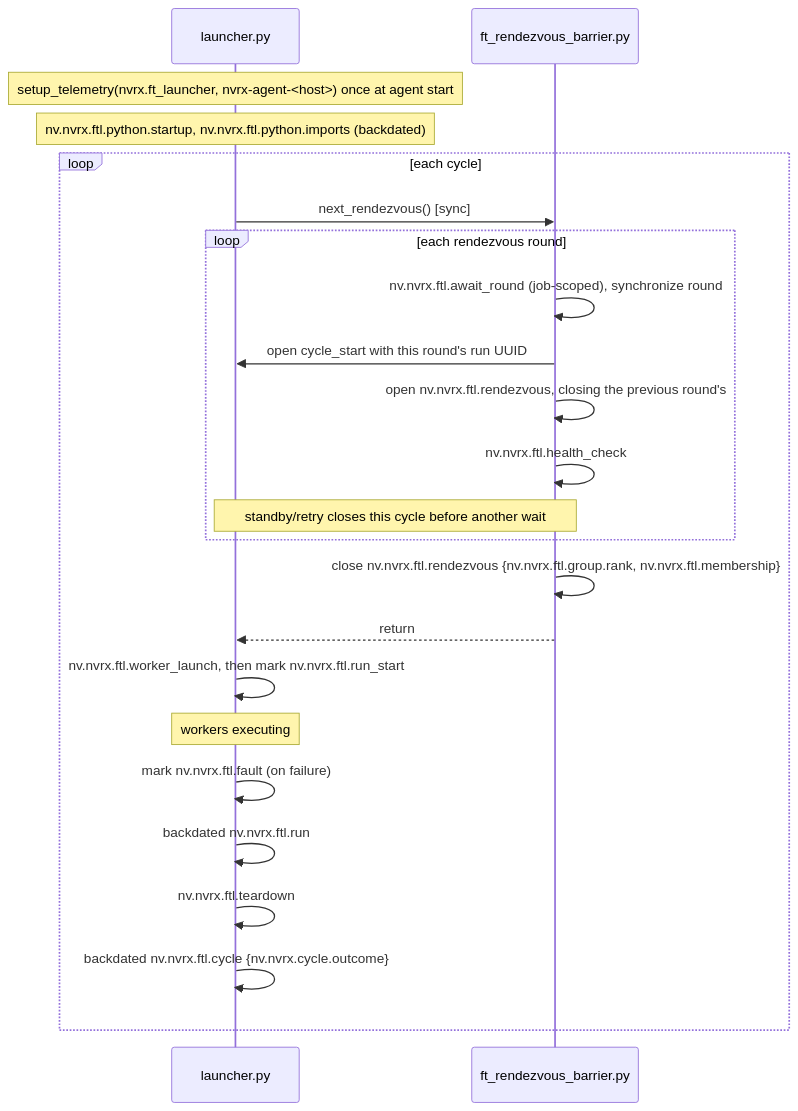
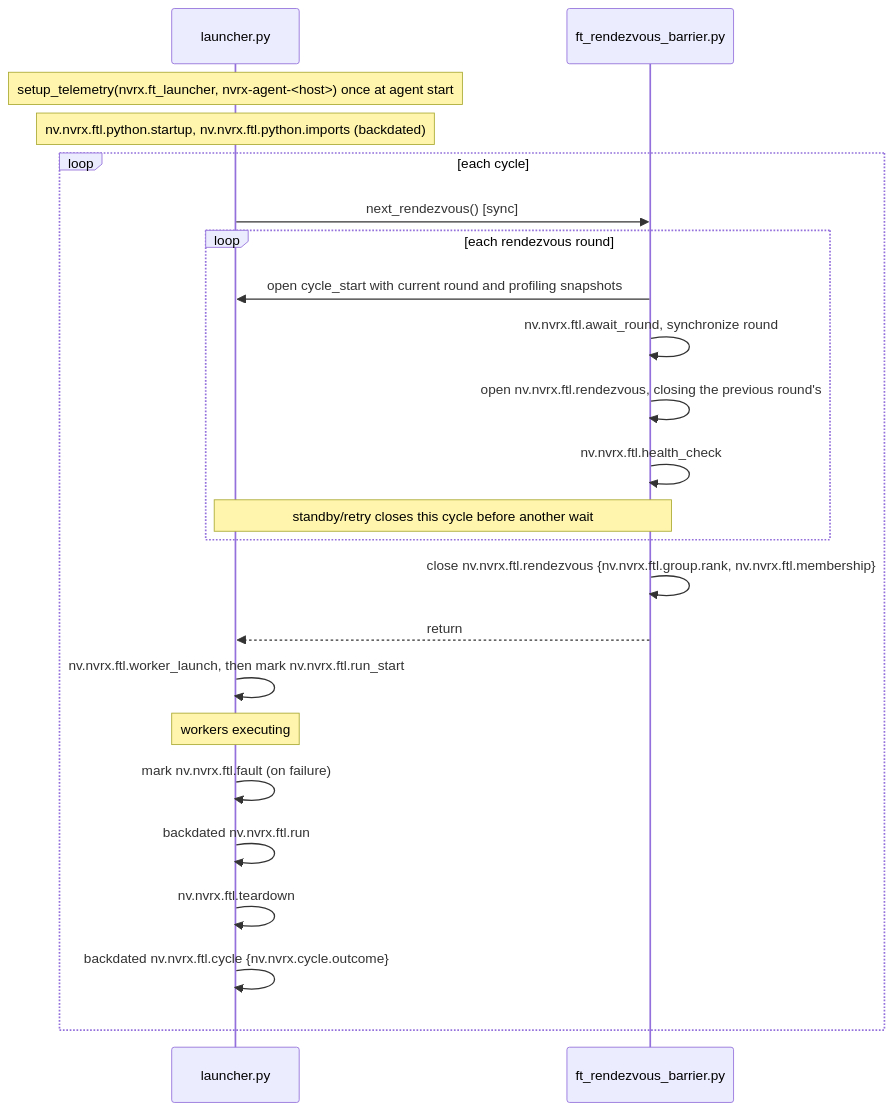
The second of 2 diagrams in docs/design/telemetry/NEMO_LENS.md (NVIDIA/nvidia-resiliency-ext), drawn with Mermaid before and after one commit. The commit also changed other lines of this file and 4 other files, not shown here.

````diff
--- a/docs/design/telemetry/NEMO_LENS.md
+++ b/docs/design/telemetry/NEMO_LENS.md
@@ -181,27 +186,27 @@
 ```mermaid
 sequenceDiagram
     participant L as launcher.py
     participant R as ft_rendezvous_barrier.py
 
     Note over L: setup_telemetry(nvrx.ft_launcher, nvrx-agent-<host>) once at agent start
     Note over L: nv.nvrx.ftl.python.startup, nv.nvrx.ftl.python.imports (backdated)
 
     loop each cycle
         L->>R: next_rendezvous() [sync]
         loop each rendezvous round
-            R->>R: nv.nvrx.ftl.await_round (job-scoped), synchronize round
-            R->>L: open cycle_start with this round's run UUID
+            R->>L: open cycle_start with current round and profiling snapshots
+            R->>R: nv.nvrx.ftl.await_round, synchronize round
             R->>R: open nv.nvrx.ftl.rendezvous, closing the previous round's
             R->>R: nv.nvrx.ftl.health_check
             Note over R,L: standby/retry closes this cycle before another wait
         end
         R->>R: close nv.nvrx.ftl.rendezvous {nv.nvrx.ftl.group.rank, nv.nvrx.ftl.membership}
         R-->>L: return
         L->>L: nv.nvrx.ftl.worker_launch, then mark nv.nvrx.ftl.run_start
         Note over L: workers executing
         L->>L: mark nv.nvrx.ftl.fault (on failure)
         L->>L: backdated nv.nvrx.ftl.run
         L->>L: nv.nvrx.ftl.teardown
         L->>L: backdated nv.nvrx.ftl.cycle {nv.nvrx.cycle.outcome}
     end
 ```
````
